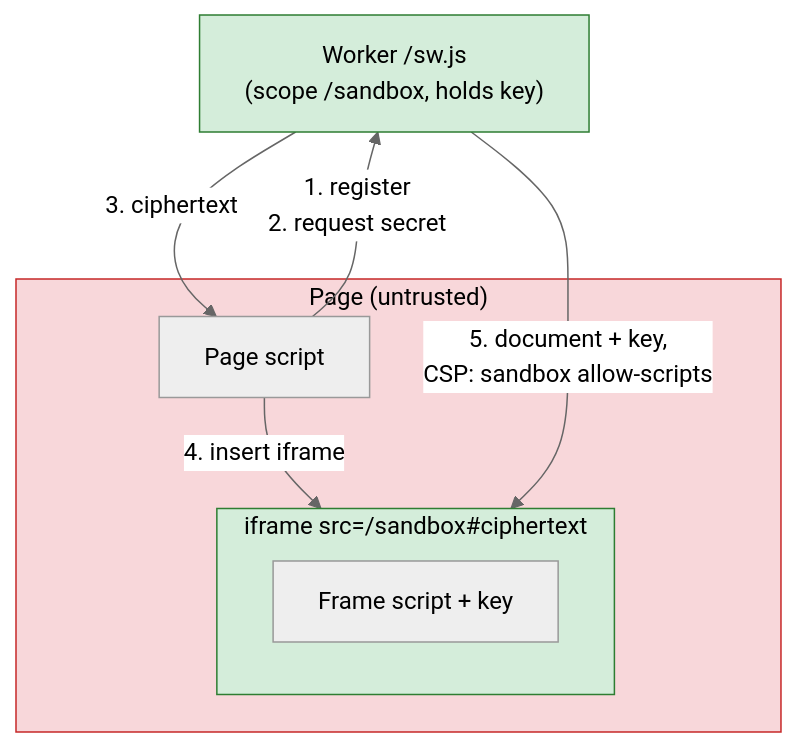
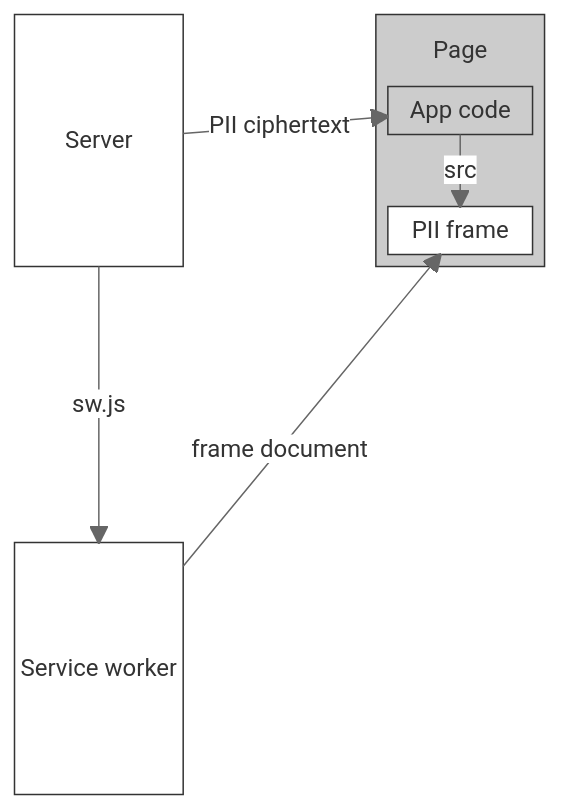
One commit to lawnsea/frontend-hardening changed the fourth of 4 diagrams in packages/trusted-scopes/docs/design.md. Above: the diagram before and after it, drawn with Mermaid (neutral theme). The commit also changed other lines of this file, not shown here.

First line of the commit message:
Add hardening notes and block diagrams to the design

````diff
--- a/packages/trusted-scopes/docs/design.md
+++ b/packages/trusted-scopes/docs/design.md
@@ -79,18 +86,26 @@
 ```mermaid
-flowchart TB
-  sw["Worker /sw.js<br>(scope /sandbox, holds key)"]
-  subgraph page["Page (untrusted)"]
-    app["Page script"]
-    subgraph frame["iframe src=/sandbox#ciphertext"]
-      code["Frame script + key"]
-    end
+block-beta
+  columns 3
+  server["Server"]
+  space
+  block:page
+    columns 1
+    pagelabel["Page"]
+    app["App code"]
+    space
+    frame["PII frame"]
   end
-  app -- "1. register<br>2. request secret" --> sw
-  sw -- "3. ciphertext" --> app
-  app -- "4. insert iframe" --> frame
-  sw -- "5. document + key,<br>CSP: sandbox allow-scripts" --> frame
-  classDef trusted fill:#d4edda,stroke:#2e7d32,color:#000
-  classDef untrusted fill:#f8d7da,stroke:#c62828,color:#000
-  class page untrusted
-  class frame,sw trusted
+  space:3
+  sw["Service worker"]
+  space:2
+  server -- "PII ciphertext" --> app
+  server -- "sw.js" --> sw
+  sw -- "frame document" --> frame
+  app -- "src" --> frame
+  classDef trusted fill:#fff,stroke:#333,color:#000
+  classDef untrusted fill:#ccc,stroke:#333,color:#000
+  classDef label stroke-width:0,fill:none
+  class page,app untrusted
+  class server,sw,frame trusted
+  class pagelabel label
 ```
````
